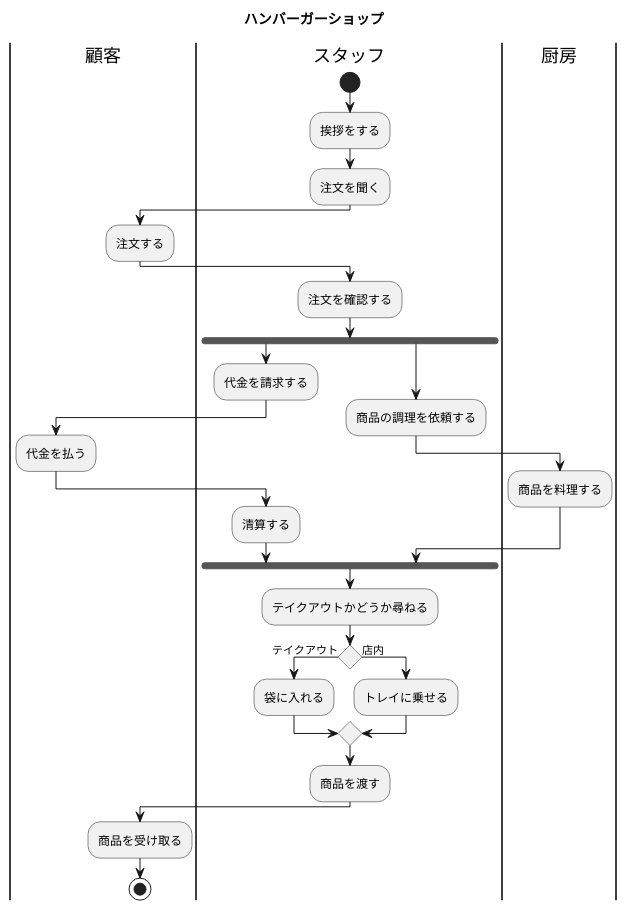
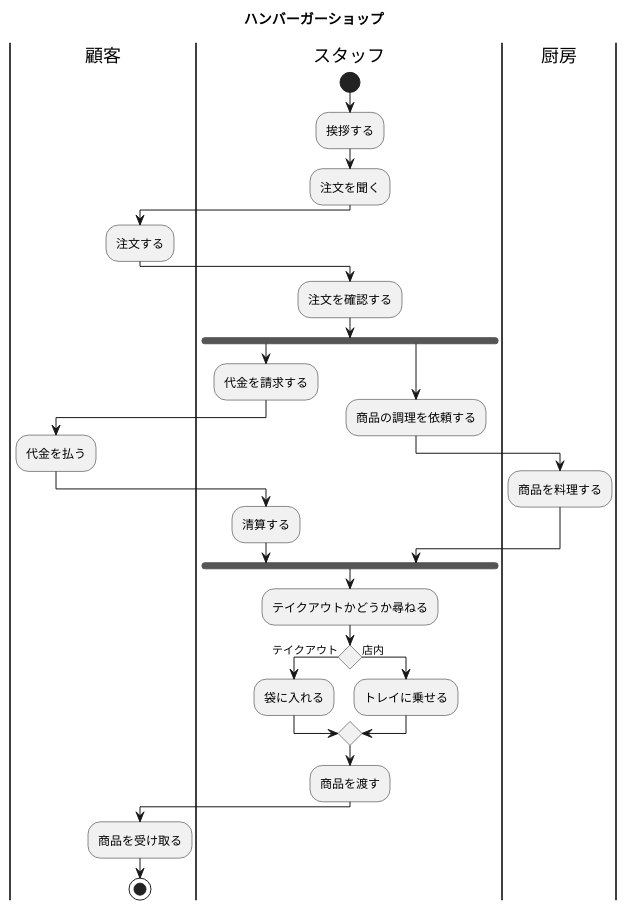
The diagram in 演習7-4-2_AC_ハンバーガーショップ.pu (yoshiokaharuto/uml-introduction), drawn with PlantUML before and after one commit.

Commit message:
演習7-4-2の作成

```diff
--- a/演習7-4-2_AC_ハンバーガーショップ.pu
+++ b/演習7-4-2_AC_ハンバーガーショップ.pu
@@ -1,36 +1,36 @@
 @startuml 演習7-4-2_AC_ハンバーガーショップ
 
     title ハンバーガーショップ
     |顧客|
     |スタッフ|
     start
-    :挨拶をする;
+    :挨拶する;
     :注文を聞く;
     |顧客|
     :注文する;
     |スタッフ|
     :注文を確認する;
     fork
     :代金を請求する;
     |顧客|
     :代金を払う;
     |スタッフ|
     :清算する;
     fork again
     :商品の調理を依頼する;
     |厨房|
     :商品を料理する;
     |スタッフ|
     end fork
     :テイクアウトかどうか尋ねる;
     if () then (テイクアウト)
     :袋に入れる;
     else (店内)
     :トレイに乗せる;
     endif
     :商品を渡す;
     |顧客|
     :商品を受け取る;
 
     stop
 @enduml
```
